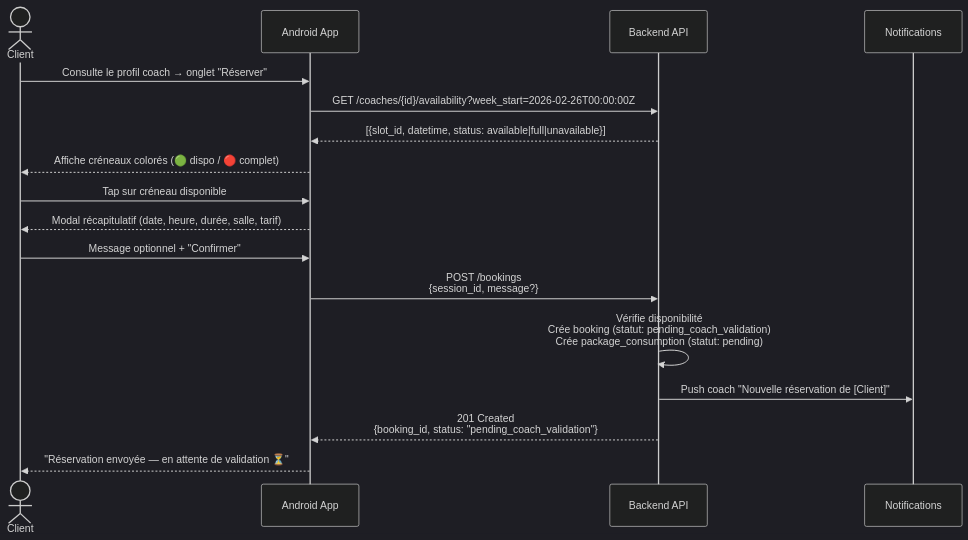
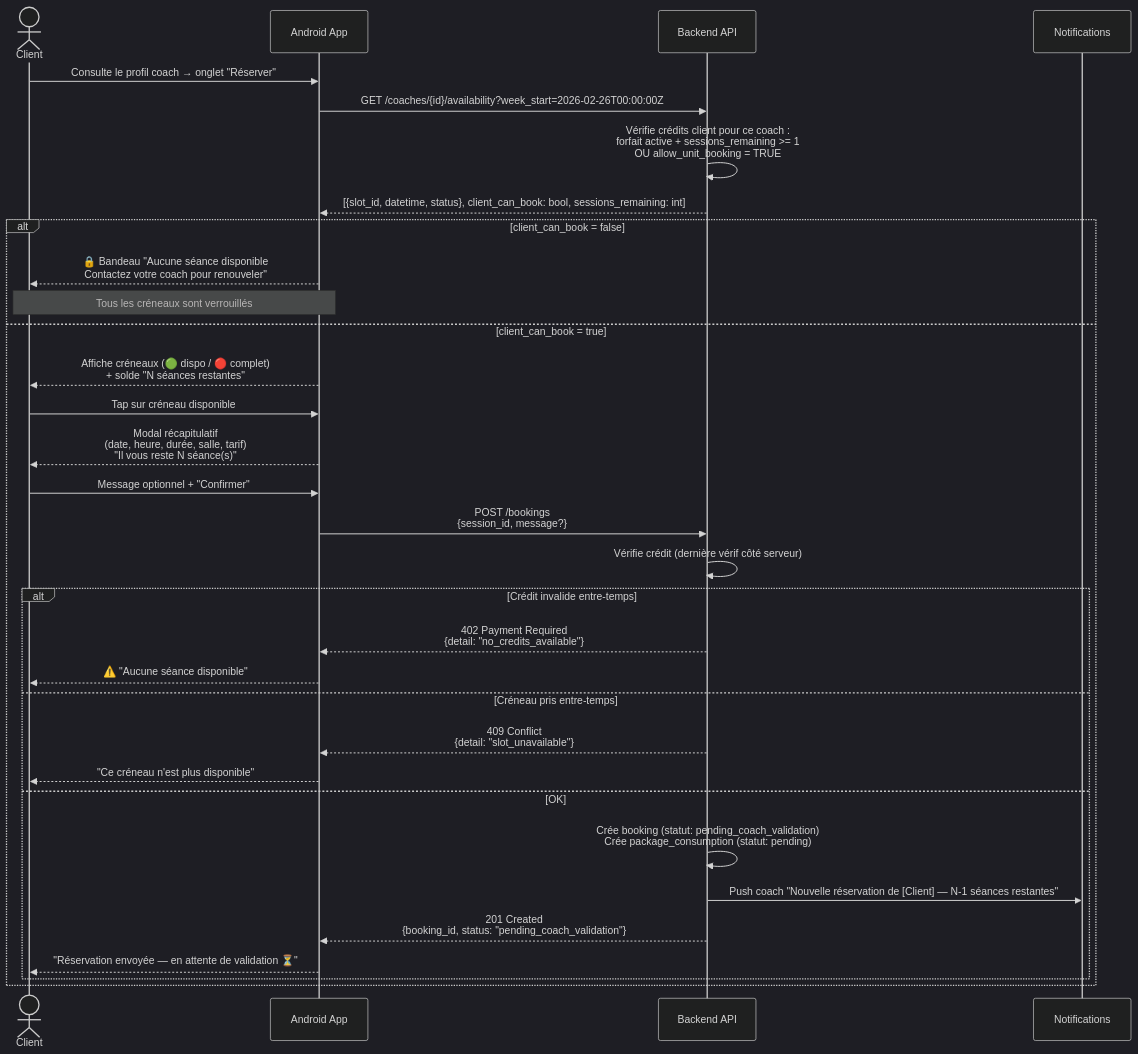
The second of 8 diagrams in docs/FLOWS_02_RESERVATION.md (gaelgael5/mycoach), drawn with Mermaid (dark theme) before and after one commit. The commit also changed 1 other file, not shown here.

Commit message:
feat(spec): crédits validés obligatoires pour réserver une séance
Règle métier fondamentale :
- Client doit avoir forfait active + sessions_remaining >= 1 pour ce coach
- OU allow_unit_booking = TRUE (autorisation manuelle coach)
- OU séance de type 'discovery' (exempte de crédit)

§8.0 nouveau — Prérequis Crédits validés :
- Tableau types de séance × crédit requis
- Flag allow_unit_booking sur client_coach_relation
- Tableau décisions techniques mis à jour

§8.1 — Calendrier :
- GET /coaches/{id}/availability retourne client_can_book + sessions_remaining
- Bandeau 🔒 si pas de crédit + bouton 'Contacter mon coach'

§8.2 — Confirmation réservation :
- Solde affiché dans le modal
- Backend : 402 si pas de crédit, 409 si créneau pris
- Notif coach inclut le solde restant

FLOWS_02_RESERVATION.md mis à jour avec le check crédit dans le séquence diagram

````diff
--- a/docs/FLOWS_02_RESERVATION.md
+++ b/docs/FLOWS_02_RESERVATION.md
@@ -40,21 +40,38 @@
 ```mermaid
 sequenceDiagram
     actor C as Client
     participant A as Android App
     participant B as Backend API
     participant N as Notifications
 
     C->>A: Consulte le profil coach → onglet "Réserver"
     A->>B: GET /coaches/{id}/availability?week_start=2026-02-26T00:00:00Z
-    B-->>A: [{slot_id, datetime, status: available|full|unavailable}]
-    A-->>C: Affiche créneaux colorés (🟢 dispo / 🔴 complet)
+    B->>B: Vérifie crédits client pour ce coach :<br/>forfait active + sessions_remaining >= 1<br/>OU allow_unit_booking = TRUE
+    B-->>A: [{slot_id, datetime, status}, client_can_book: bool, sessions_remaining: int]
 
-    C->>A: Tap sur créneau disponible
-    A-->>C: Modal récapitulatif (date, heure, durée, salle, tarif)
-    C->>A: Message optionnel + "Confirmer"
-    A->>B: POST /bookings<br/>{session_id, message?}
-    B->>B: Vérifie disponibilité<br/>Crée booking (statut: pending_coach_validation)<br/>Crée package_consumption (statut: pending)
-    B->>N: Push coach "Nouvelle réservation de [Client]"
-    B-->>A: 201 Created<br/>{booking_id, status: "pending_coach_validation"}
-    A-->>C: "Réservation envoyée — en attente de validation ⏳"
+    alt client_can_book = false
+        A-->>C: 🔒 Bandeau "Aucune séance disponible<br/>Contactez votre coach pour renouveler"
+        note over C,A: Tous les créneaux sont verrouillés
+    else client_can_book = true
+        A-->>C: Affiche créneaux (🟢 dispo / 🔴 complet)<br/>+ solde "N séances restantes"
+
+        C->>A: Tap sur créneau disponible
+        A-->>C: Modal récapitulatif<br/>(date, heure, durée, salle, tarif)<br/>"Il vous reste N séance(s)"
+        C->>A: Message optionnel + "Confirmer"
+        A->>B: POST /bookings<br/>{session_id, message?}
+
+        B->>B: Vérifie crédit (dernière vérif côté serveur)
+        alt Crédit invalide entre-temps
+            B-->>A: 402 Payment Required<br/>{detail: "no_credits_available"}
+            A-->>C: ⚠️ "Aucune séance disponible"
+        else Créneau pris entre-temps
+            B-->>A: 409 Conflict<br/>{detail: "slot_unavailable"}
+            A-->>C: "Ce créneau n'est plus disponible"
+        else OK
+            B->>B: Crée booking (statut: pending_coach_validation)<br/>Crée package_consumption (statut: pending)
+            B->>N: Push coach "Nouvelle réservation de [Client] — N-1 séances restantes"
+            B-->>A: 201 Created<br/>{booking_id, status: "pending_coach_validation"}
+            A-->>C: "Réservation envoyée — en attente de validation ⏳"
+        end
+    end
 ```
````
